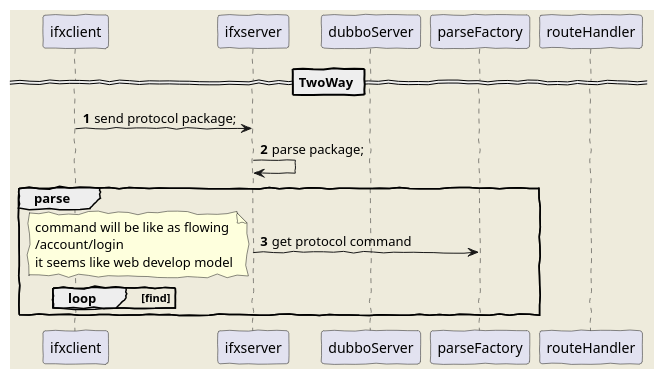
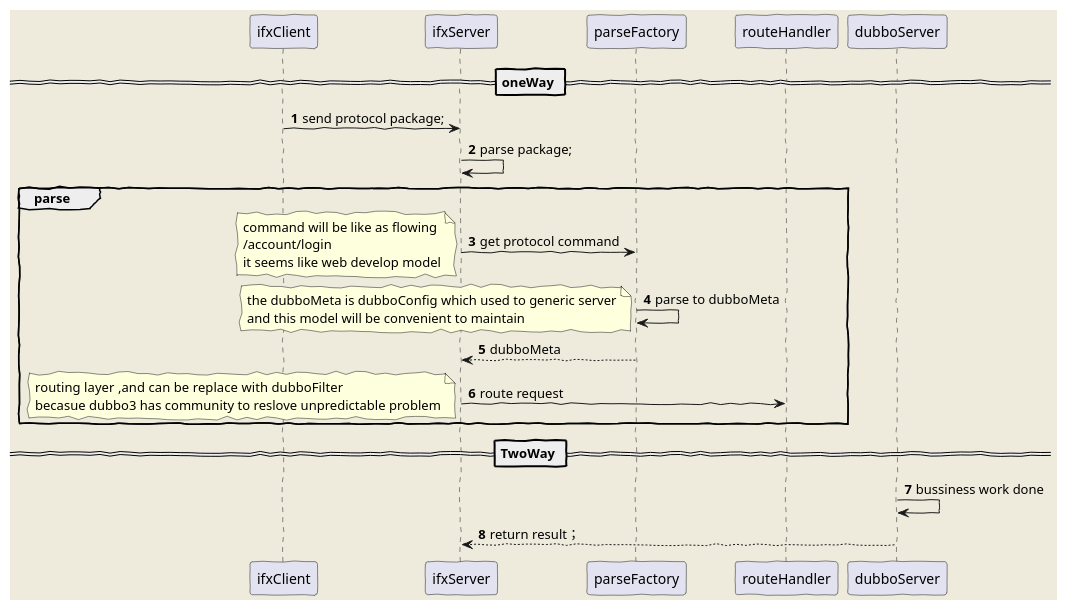
One commit to pengpengno/IFxIM changed the diagram in doc/src/puml/基于SpringWeb开发模式的简化CS架构开发步骤的设计.puml. Above: the diagram before and after it, drawn with PlantUML. The commit also changed 1 other file, not shown here.

```diff
--- a/doc/src/puml/基于SpringWeb开发模式的简化CS架构开发步骤的设计.puml
+++ b/doc/src/puml/基于SpringWeb开发模式的简化CS架构开发步骤的设计.puml
@@ -1,21 +1,29 @@
 @startuml
 'https://plantuml.com/sequence-diagram
 
 autonumber
 skinparam backgroundColor #EEEBDC
 skinparam handwritten true
-participant ifxclient
-participant ifxserver
-participant dubboServer
+participant ifxClient
+participant ifxServer
 participant parseFactory
 participant routeHandler
+participant dubboServer
+
+== oneWay ==
+ifxClient-> ifxServer : send protocol package;
+ifxServer -> ifxServer : parse package;
+group parse
+ifxServer -> parseFactory : get protocol command
+note left : command will be like as flowing\n/account/login\nit seems like web develop model
+
+parseFactory -> parseFactory : parse to dubboMeta
+note left: the dubboMeta is dubboConfig which used to generic server\nand this model will be convenient to maintain
+parseFactory --> ifxServer : dubboMeta
+ifxServer -> routeHandler : route request
+note left : routing layer ,and  can be replace with dubboFilter\nbecasue dubbo3 has community to reslove unpredictable problem
+end grou
 == TwoWay ==
-ifxclient-> ifxserver : send protocol package;
-ifxserver -> ifxserver : parse package;
-group parse
-ifxserver -> parseFactory : get protocol command
-note left : command will be like as flowing\n/account/login\nit seems like web develop model
-loop find
-end loop
-end group
+dubboServer -> dubboServer : bussiness work done
+dubboServer --> ifxServer : return result；
 @enduml
```
